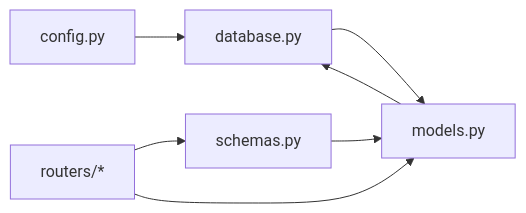
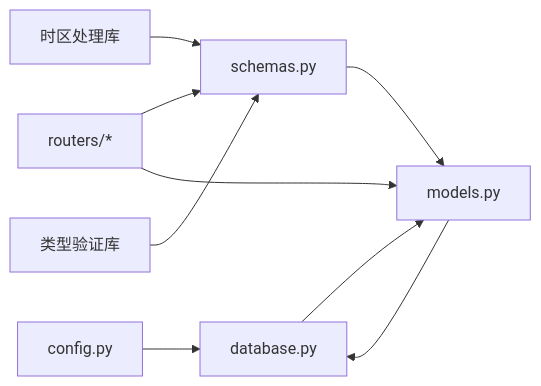
One commit to xufuyu/Lumen changed the fourth of 4 diagrams in .qoder/repowiki/zh/content/数据模型.md. Above: the diagram before and after it, drawn with Mermaid. The commit also changed other lines of this file and 43 other files, not shown here.

````diff
--- a/.qoder/repowiki/zh/content/数据模型.md
+++ b/.qoder/repowiki/zh/content/数据模型.md
@@ -274,9 +267,11 @@
 ```mermaid
 graph LR
 Config["config.py"] --> DBConn["database.py"]
 DBConn --> Models["models.py"]
 Schemas["schemas.py"] --> Models
 Routers["routers/*"] --> Schemas
 Routers --> Models
 Models --> DBConn
+Timezone["时区处理库"] --> Schemas
+Validation["类型验证库"] --> Schemas
 ```
````
